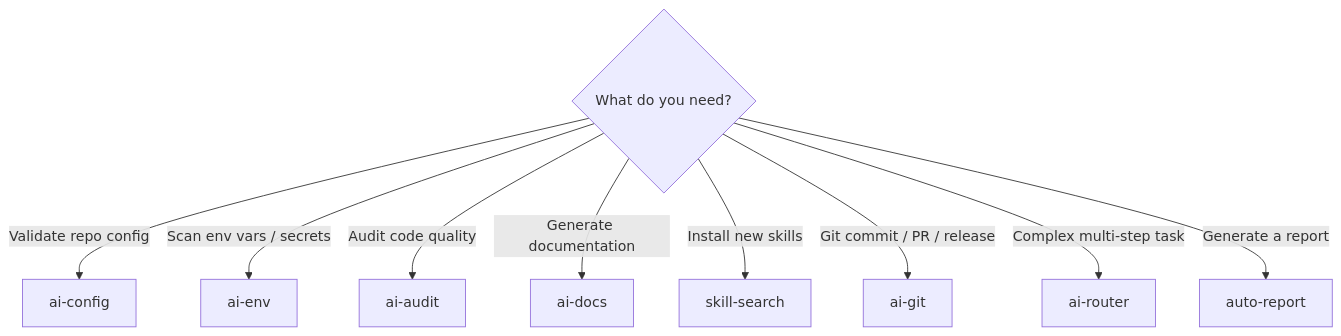
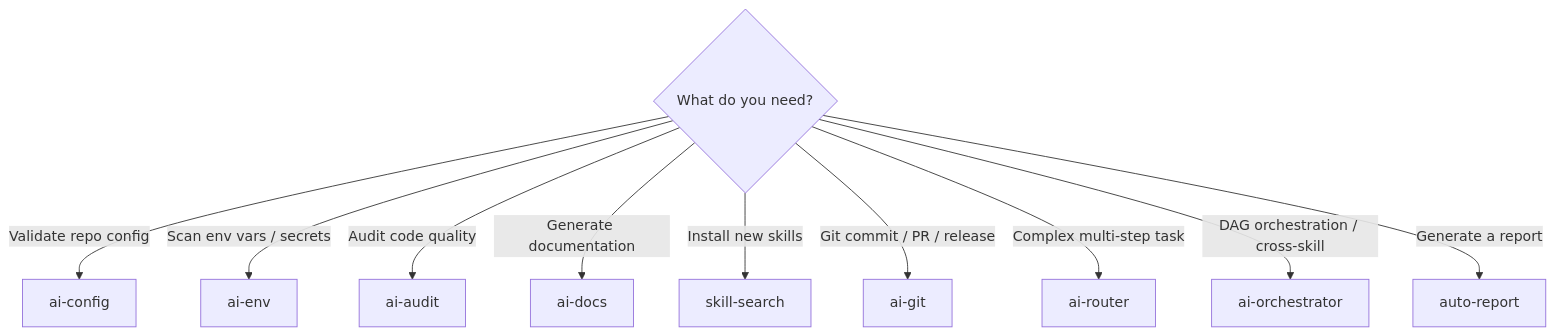
One commit to Echeq/myAI-Skills changed the second of 3 diagrams in docs/README.md. Above: the diagram before and after it, drawn with Mermaid. The commit also changed other lines of this file and 4 other files, not shown here.

````diff
--- a/docs/README.md
+++ b/docs/README.md
@@ -55,13 +56,14 @@
 ```mermaid
 %%{init: { 'flowchart': { 'useMaxWidth': true }, 'themeCSS': '.mermaid svg { max-width: 100% !important; height: auto !important; }' } }%%
 flowchart TD
     Q{"What do you need?"}
     Q -->|"Validate repo config"| A[ai-config]
     Q -->|"Scan env vars / secrets"| B[ai-env]
     Q -->|"Audit code quality"| C[ai-audit]
     Q -->|"Generate documentation"| D[ai-docs]
     Q -->|"Install new skills"| E[skill-search]
     Q -->|"Git commit / PR / release"| F[ai-git]
     Q -->|"Complex multi-step task"| G[ai-router]
+    Q -->|"DAG orchestration / cross-skill"| I[ai-orchestrator]
     Q -->|"Generate a report"| H[auto-report]
 ```
````
